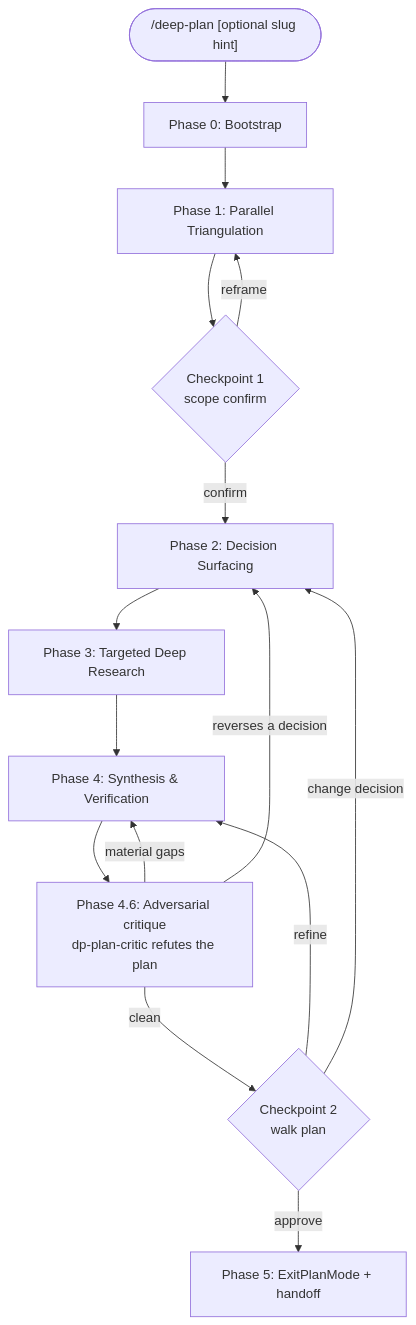
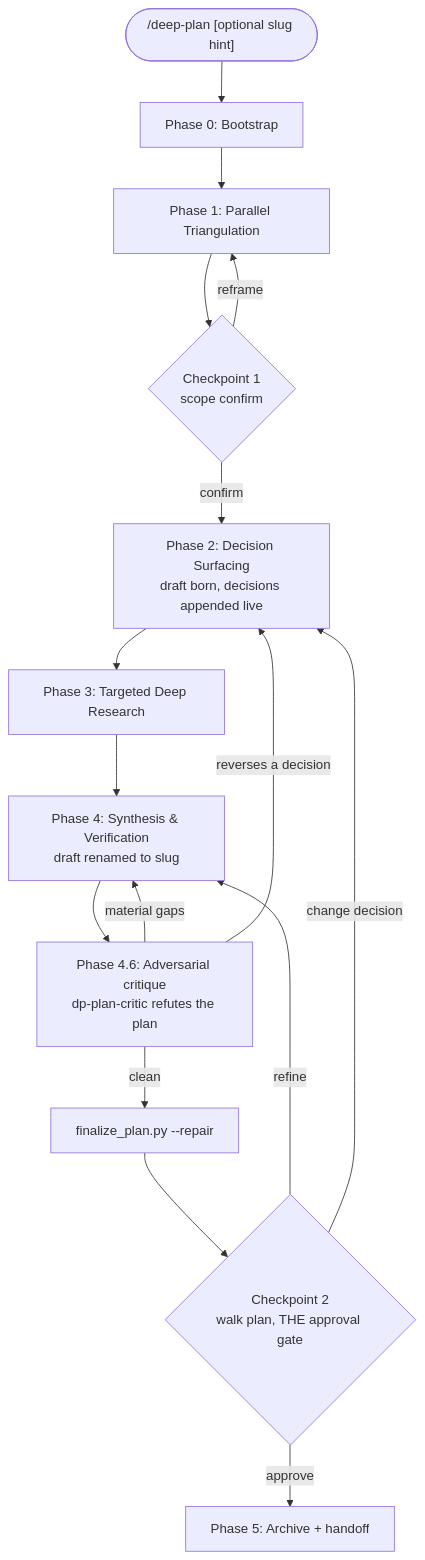
The diagram in skills/deep-plan/SKILL.md (Tsadoq/claude-better-plan), drawn with Mermaid before and after one commit. The commit also changed other lines of this file and 19 other files, not shown here.

````diff
--- a/skills/deep-plan/SKILL.md
+++ b/skills/deep-plan/SKILL.md
@@ -73,17 +82,18 @@
 ```mermaid
 flowchart TD
     Start(["/deep-plan [optional slug hint]"]) --> P0
     P0[Phase 0: Bootstrap] --> P1[Phase 1: Parallel Triangulation]
     P1 --> CP1{Checkpoint 1<br/>scope confirm}
     CP1 -->|reframe| P1
-    CP1 -->|confirm| P2[Phase 2: Decision Surfacing]
+    CP1 -->|confirm| P2[Phase 2: Decision Surfacing<br/>draft born, decisions appended live]
     P2 --> P3[Phase 3: Targeted Deep Research]
-    P3 --> P4[Phase 4: Synthesis & Verification]
+    P3 --> P4[Phase 4: Synthesis & Verification<br/>draft renamed to slug]
     P4 --> P45[Phase 4.6: Adversarial critique<br/>dp-plan-critic refutes the plan]
     P45 -->|material gaps| P4
     P45 -->|reverses a decision| P2
-    P45 -->|clean| CP2{Checkpoint 2<br/>walk plan}
+    P45 -->|clean| REP["finalize_plan.py --repair"]
+    REP --> CP2{Checkpoint 2<br/>walk plan, THE approval gate}
     CP2 -->|refine| P4
     CP2 -->|change decision| P2
-    CP2 -->|approve| P5[Phase 5: ExitPlanMode + handoff]
+    CP2 -->|approve| P5[Phase 5: Archive + handoff]
 ```
````
